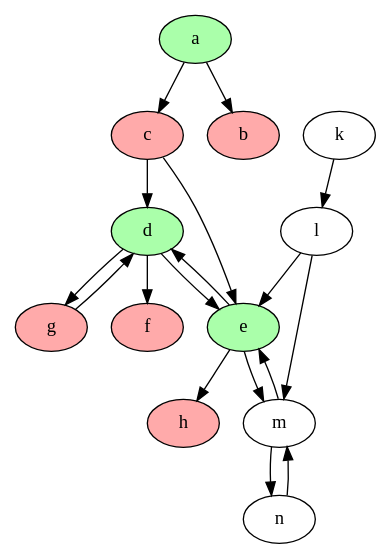
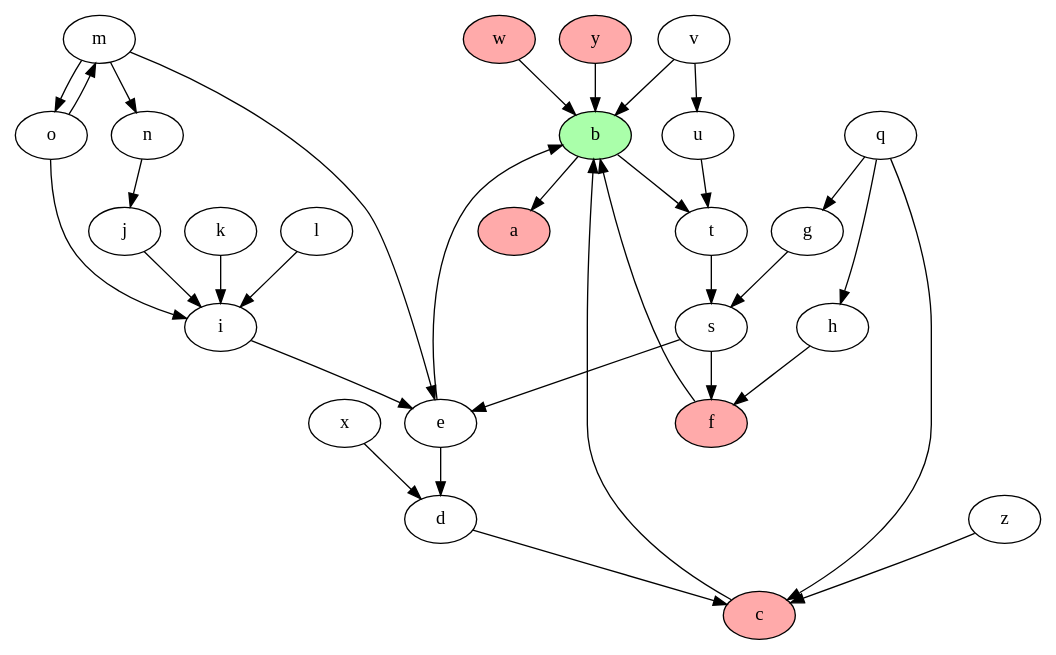
One commit to idaks/Games-and-Argumentation changed the diagram in XLoKR-2023/2-Statelog_version/output/state_1.2_graph.dot. Above: the diagram before and after it, drawn with Graphviz. The commit also changed 26 other files, not shown here.

```diff
--- a/XLoKR-2023/2-Statelog_version/output/state_1.2_graph.dot
+++ b/XLoKR-2023/2-Statelog_version/output/state_1.2_graph.dot
@@ -1,35 +1,46 @@
 strict digraph "" {
-	a	[fillcolor="#AAFFAA",
+	b	[fillcolor="#AAFFAA",
 		style=filled];
-	b	[fillcolor="#FFAAAA",
+	a	[fillcolor="#FFAAAA",
 		style=filled];
-	a -> b	[dir=forward];
+	b -> a	[dir=forward];
+	b -> t	[dir=forward];
+	t -> s	[dir=forward];
 	c	[fillcolor="#FFAAAA",
 		style=filled];
-	a -> c	[dir=forward];
-	d	[fillcolor="#AAFFAA",
-		style=filled];
-	c -> d	[dir=forward];
-	e	[fillcolor="#AAFFAA",
-		style=filled];
-	c -> e	[dir=forward];
-	k -> l	[dir=forward];
-	l -> e	[dir=forward];
-	l -> m	[dir=forward];
-	d -> e	[dir=forward];
+	c -> b	[dir=forward];
+	d -> c	[dir=forward];
+	e -> b	[dir=forward];
+	e -> d	[dir=forward];
 	f	[fillcolor="#FFAAAA",
 		style=filled];
-	d -> f	[dir=forward];
-	g	[fillcolor="#FFAAAA",
+	f -> b	[dir=forward];
+	g -> s	[dir=forward];
+	s -> e	[dir=forward];
+	s -> f	[dir=forward];
+	h -> f	[dir=forward];
+	i -> e	[dir=forward];
+	j -> i	[dir=forward];
+	k -> i	[dir=forward];
+	l -> i	[dir=forward];
+	m -> e	[dir=forward];
+	m -> o	[dir=forward];
+	m -> n	[dir=forward];
+	o -> i	[dir=forward];
+	o -> m	[dir=forward];
+	n -> j	[dir=forward];
+	q -> c	[dir=forward];
+	q -> g	[dir=forward];
+	q -> h	[dir=forward];
+	u -> t	[dir=forward];
+	v -> b	[dir=forward];
+	v -> u	[dir=forward];
+	w	[fillcolor="#FFAAAA",
 		style=filled];
-	d -> g	[dir=forward];
-	e -> d	[dir=forward];
-	e -> m	[dir=forward];
-	h	[fillcolor="#FFAAAA",
+	w -> b	[dir=forward];
+	x -> d	[dir=forward];
+	y	[fillcolor="#FFAAAA",
 		style=filled];
-	e -> h	[dir=forward];
-	m -> e	[dir=forward];
-	m -> n	[dir=forward];
-	g -> d	[dir=forward];
-	n -> m	[dir=forward];
+	y -> b	[dir=forward];
+	z -> c	[dir=forward];
 }
```
